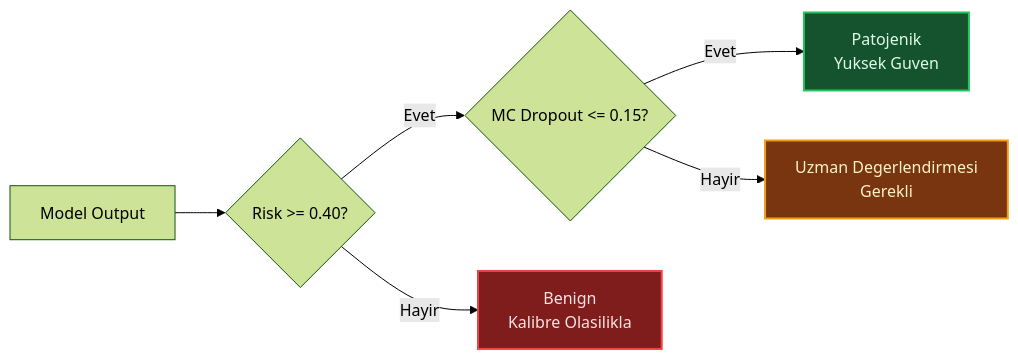
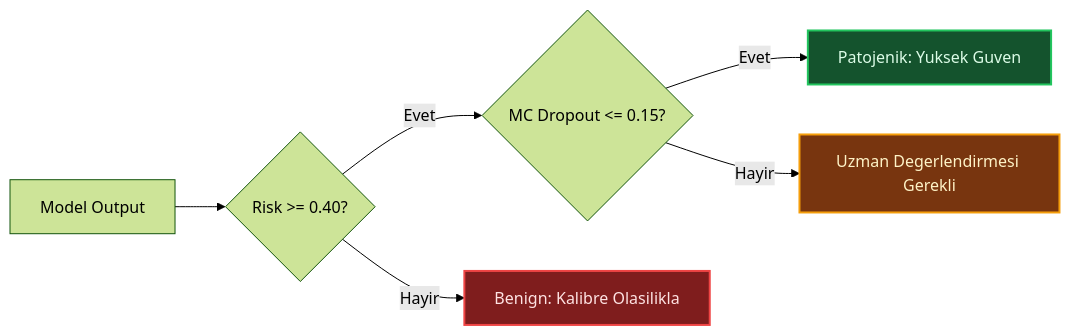
One commit to msgxr/VARIANT-GNN changed the eighth of 11 diagrams in README.md. Above: the diagram before and after it, drawn with Mermaid (forest theme). The commit also changed other lines of this file, not shown here.

Commit message:
fix: resolve Mermaid rendering issues on GitHub

````diff
--- a/README.md
+++ b/README.md
@@ -209,12 +209,12 @@
 ```mermaid
-flowchart LR
-    classDef hi fill:#14532d,color:#dcfce7,stroke:#22c55e,stroke-width:2px;
-    classDef mid fill:#78350f,color:#fef3c7,stroke:#f59e0b,stroke-width:2px;
-    classDef lo fill:#7f1d1d,color:#fee2e2,stroke:#ef4444,stroke-width:2px;
+graph LR
+    classDef hi fill:#14532d,stroke:#22c55e,stroke-width:2px,color:#dcfce7
+    classDef mid fill:#78350f,stroke:#f59e0b,stroke-width:2px,color:#fef3c7
+    classDef lo fill:#7f1d1d,stroke:#ef4444,stroke-width:2px,color:#fee2e2
 
-    S[Model Output] --> T{Risk >= 0.40?}
-    T -- Evet --> U{MC Dropout <= 0.15?}
-    U -- Evet --> P[Patojenik\nYuksek Guven]:::hi
-    U -- Hayir --> R[Uzman Degerlendirmesi\nGerekli]:::mid
-    T -- Hayir --> B[Benign\nKalibre Olasilikla]:::lo
+    S["Model Output"] --> T{"Risk >= 0.40?"}
+    T -- "Evet" --> U{"MC Dropout <= 0.15?"}
+    U -- "Evet" --> P["Patojenik: Yuksek Guven"]:::hi
+    U -- "Hayir" --> R["Uzman Degerlendirmesi Gerekli"]:::mid
+    T -- "Hayir" --> B["Benign: Kalibre Olasilikla"]:::lo
 ```
````
